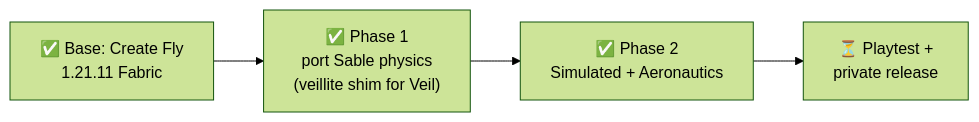
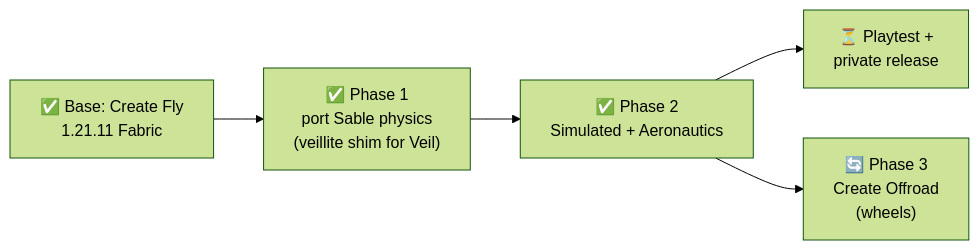
Before and after one commit to KiraKami-dev/minecraft-create-fly: the diagram in PROGRESS.md, drawn with Mermaid (forest theme). The commit also changed other lines of this file, not shown here.

First line of the commit message:
PROGRESS: v2026.10.28 release (arrow fix), Phase 3 Offroad started

````diff
--- a/PROGRESS.md
+++ b/PROGRESS.md
@@ -7,6 +7,7 @@
 ```mermaid
 flowchart LR
   B["✅ Base: Create Fly<br/>1.21.11 Fabric"] --> P1["✅ Phase 1<br/>port Sable physics<br/>(veillite shim for Veil)"]
   P1 --> P2["✅ Phase 2<br/>Simulated + Aeronautics"]
   P2 --> R["⏳ Playtest +<br/>private release"]
+  P2 --> P3["🔄 Phase 3<br/>Create Offroad<br/>(wheels)"]
 ```
````
